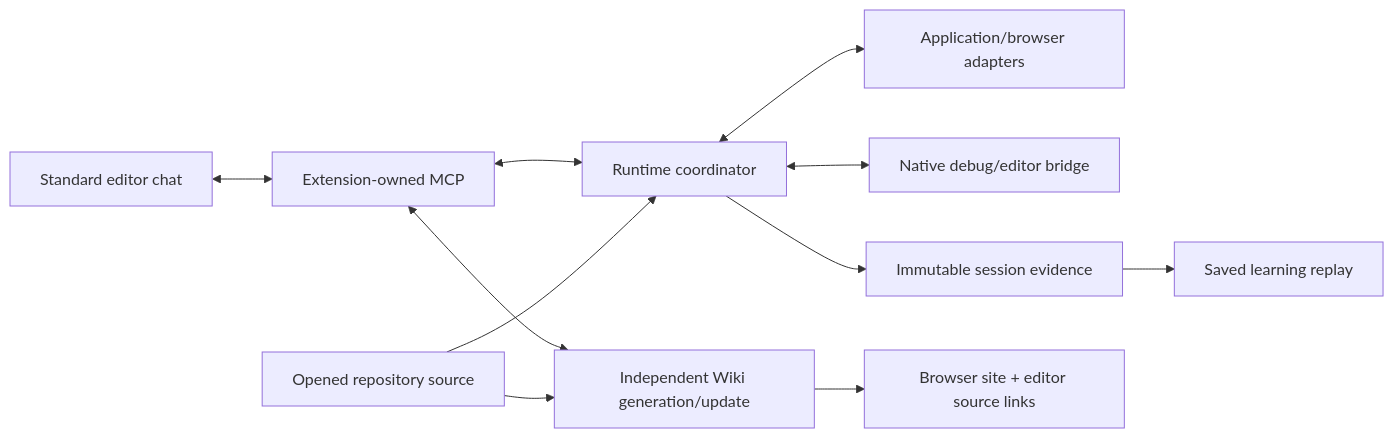
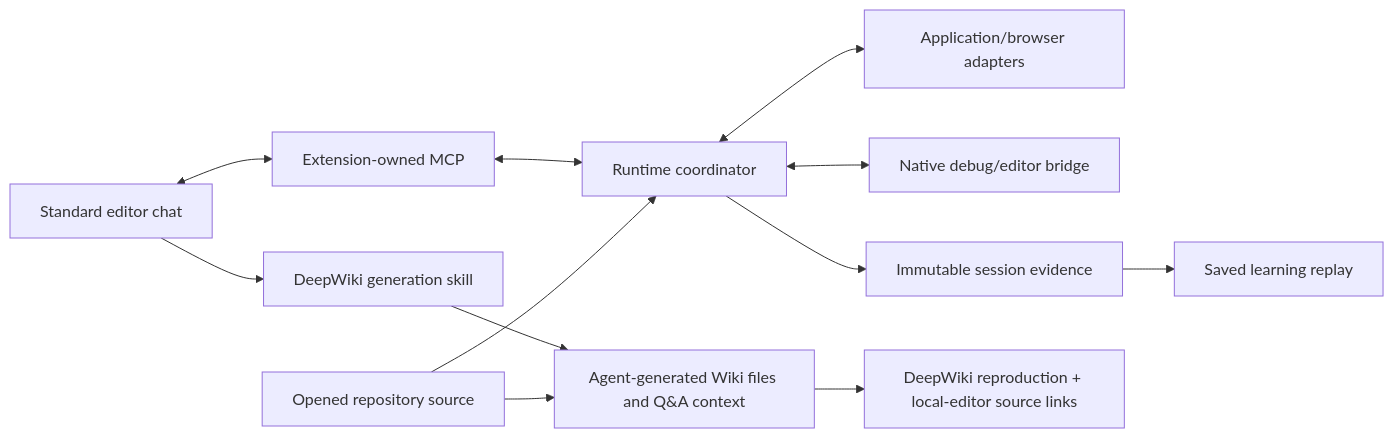
Before and after one commit to laststance/codebook: the diagram in docs/designs/codebook.md, drawn with Mermaid. The commit also changed other lines of this file and 20 other files, not shown here.

Commit message:
docs: specify replay and DeepWiki generation skill

````diff
--- a/docs/designs/codebook.md
+++ b/docs/designs/codebook.md
@@ -51,13 +53,14 @@
 ```mermaid
 flowchart LR
   Chat[Standard editor chat] <--> MCP[Extension-owned MCP]
   MCP <--> Runtime[Runtime coordinator]
   Runtime <--> App[Application/browser adapters]
   Runtime <--> Debug[Native debug/editor bridge]
   Runtime --> Evidence[Immutable session evidence]
   Evidence --> Replay[Saved learning replay]
-  MCP <--> Wiki[Independent Wiki generation/update]
+  Chat --> Skill[DeepWiki generation skill]
+  Skill --> Wiki[Agent-generated Wiki files and Q&A context]
   Repo[Opened repository source] --> Runtime
   Repo --> Wiki
-  Wiki --> Site[Browser site + editor source links]
+  Wiki --> Site[DeepWiki reproduction + local-editor source links]
 ```
````
